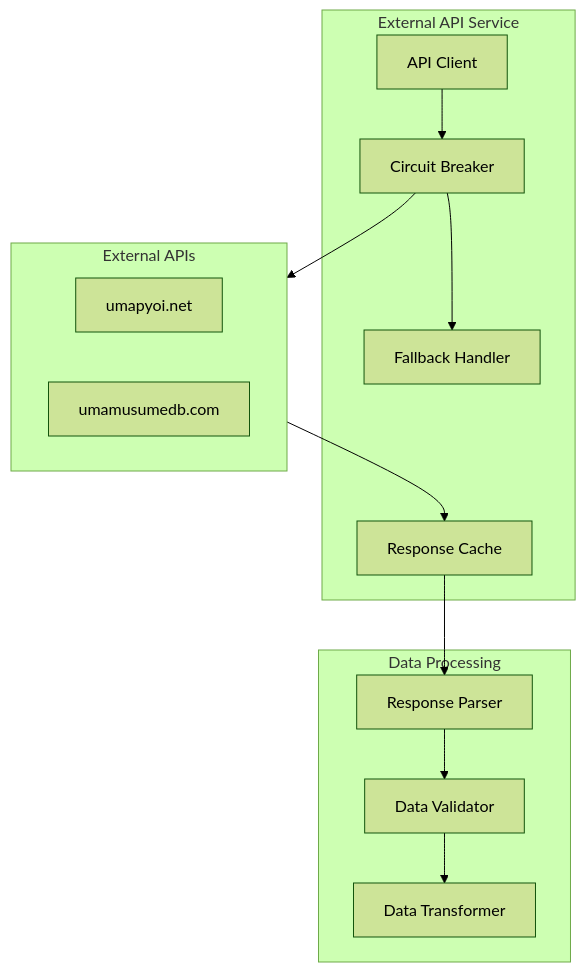
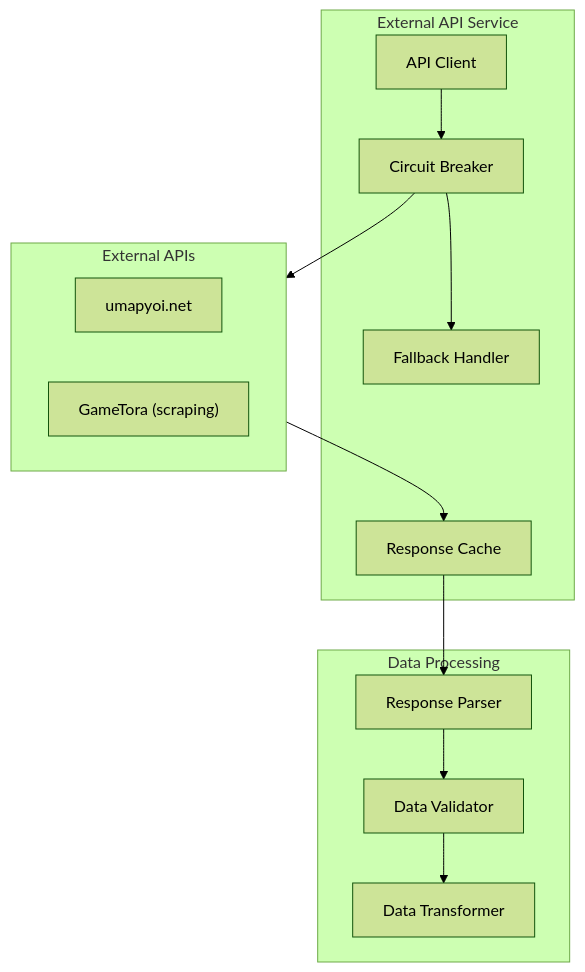
Before and after one commit to exatfrds67/umamusume-career-planner: the seventh of 18 diagrams in docs/00-core-docs/007_SIP_Software_Integration_Plan.md, drawn with Mermaid (forest theme). The commit also changed other lines of this file and 111 other files, not shown here.

````diff
--- a/docs/00-core-docs/007_SIP_Software_Integration_Plan.md
+++ b/docs/00-core-docs/007_SIP_Software_Integration_Plan.md
@@ -275,28 +314,28 @@
 ```mermaid
 flowchart TD
     subgraph ExternalAPI["External API Service"]
         Client["API Client"]
         Cache["Response Cache"]
         Fallback["Fallback Handler"]
         CircuitBreaker["Circuit Breaker"]
     end
 
     subgraph APIs["External APIs"]
         Umapyoi["umapyoi.net"]
-        UmamusumeDB["umamusumedb.com"]
+        GameTora["GameTora (scraping)"]
     end
 
     subgraph Data["Data Processing"]
         Parser["Response Parser"]
         Validator["Data Validator"]
         Transformer["Data Transformer"]
     end
 
     Client --> CircuitBreaker
     CircuitBreaker --> APIs
     APIs --> Cache
     Cache --> Parser
     Parser --> Validator
     Validator --> Transformer
     CircuitBreaker --> Fallback
 ```
````
